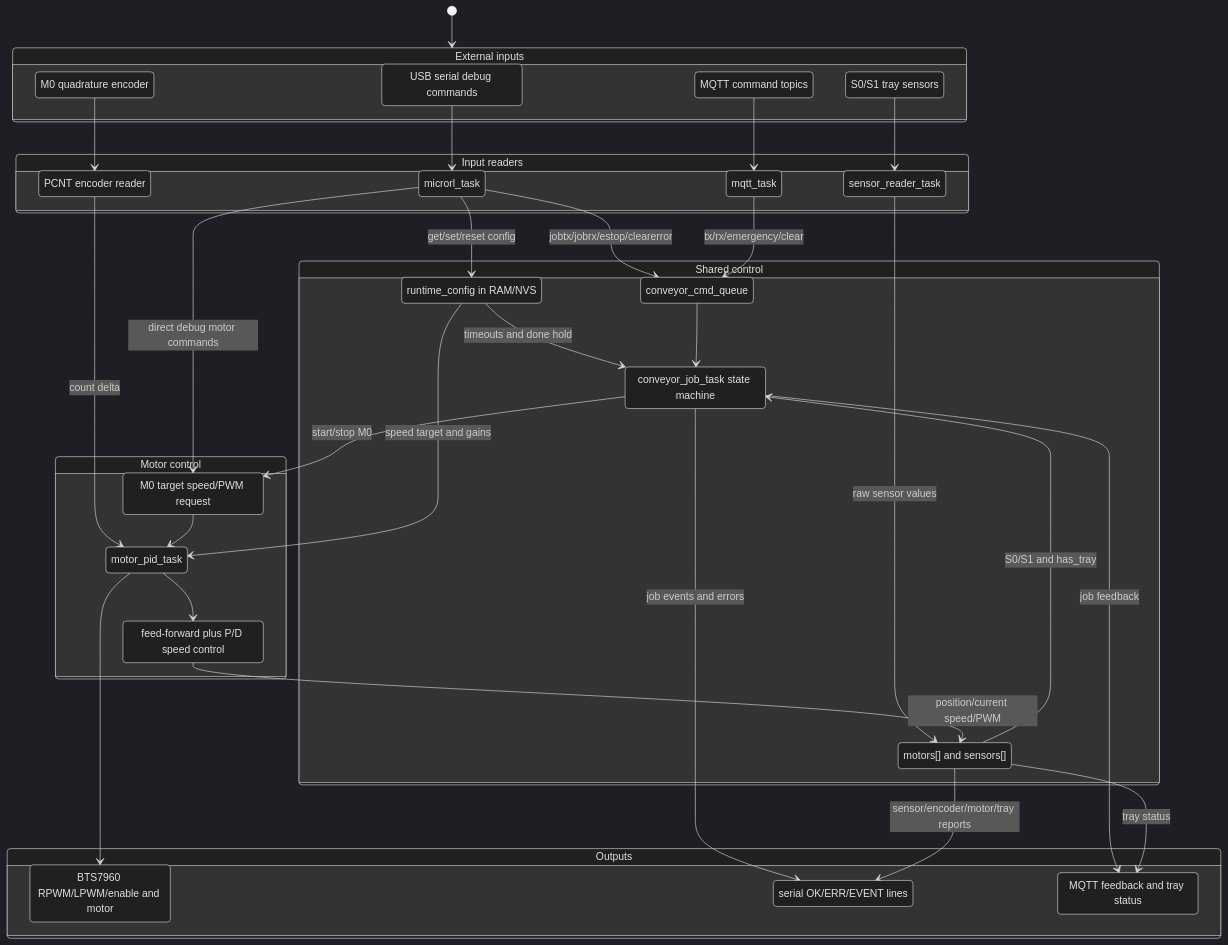
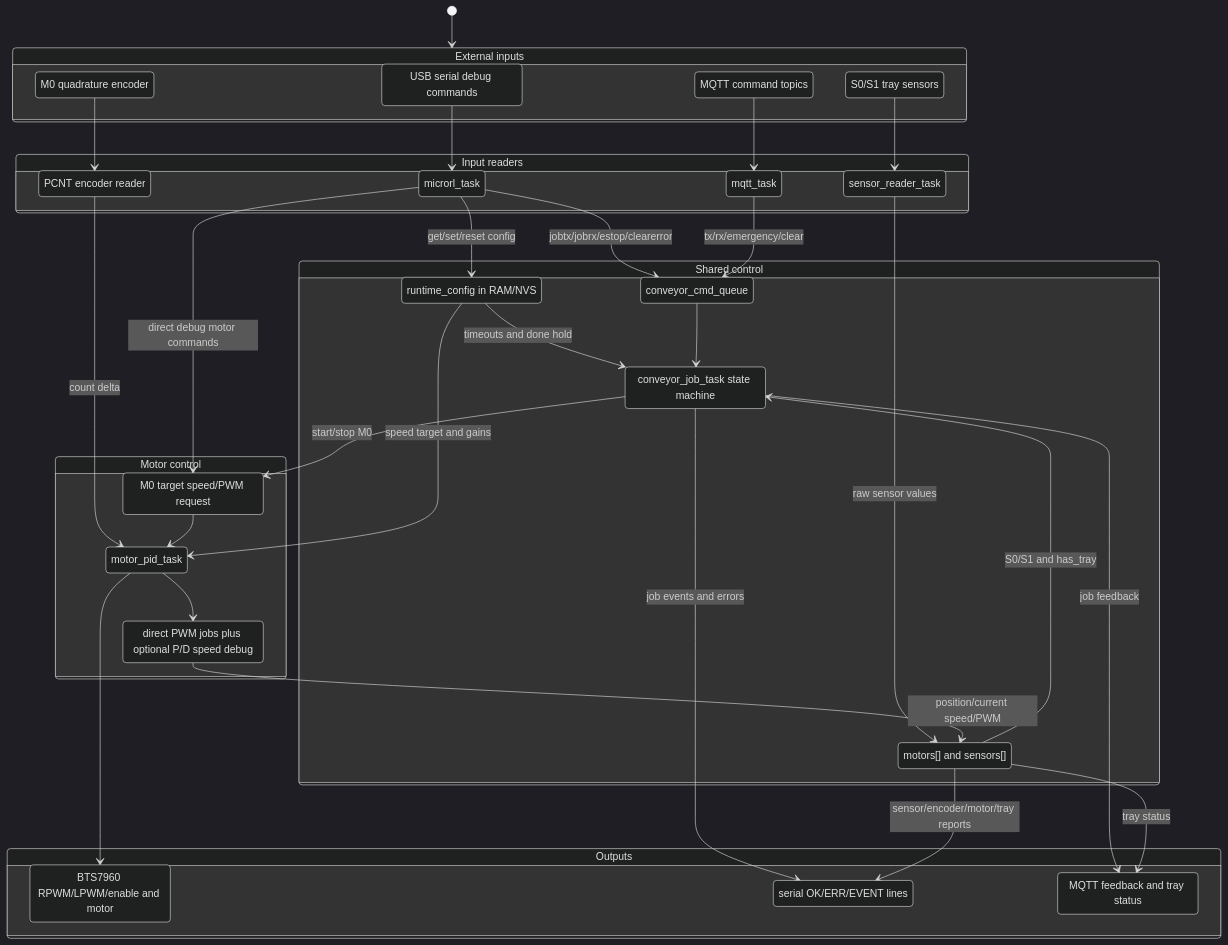
One commit to anbu-05/conveyor_control_firmware changed the diagram in docs/architecture.mmd. Above: the diagram before and after it, drawn with Mermaid (dark theme). The commit also changed 8 other files, not shown here.

Commit message:
added pwm control instead of PD for jobtx and jobrx

```diff
--- a/docs/architecture.mmd
+++ b/docs/architecture.mmd
@@ -1,71 +1,71 @@
 stateDiagram-v2
     direction TB
 
     state "External inputs" as Inputs {
         direction LR
         Serial: USB serial debug commands
         MqttIn: MQTT command topics
         SensorHw: S0/S1 tray sensors
         EncoderHw: M0 quadrature encoder
     }
 
     state "Input readers" as Readers {
         direction LR
         Microrl: microrl_task
         MqttClient: mqtt_task
         SensorReader: sensor_reader_task
         EncoderReader: PCNT encoder reader
     }
 
     state "Shared control" as Control {
         direction LR
         JobQueue: conveyor_cmd_queue
         JobMachine: conveyor_job_task state machine
         RuntimeConfig: runtime_config in RAM/NVS
         SharedState: motors[] and sensors[]
     }
 
     state "Motor control" as MotorControl {
         direction LR
         MotorRequest: M0 target speed/PWM request
         MotorPid: motor_pid_task
-        SpeedMath: feed-forward plus P/D speed control
+        SpeedMath: direct PWM jobs plus optional P/D speed debug
     }
 
     state "Outputs" as Outputs {
         direction LR
         MotorHw: BTS7960 RPWM/LPWM/enable and motor
         SerialOut: serial OK/ERR/EVENT lines
         MqttOut: MQTT feedback and tray status
     }
 
     [*] --> Inputs
 
     Serial --> Microrl
     MqttIn --> MqttClient
     SensorHw --> SensorReader
     EncoderHw --> EncoderReader
 
     Microrl --> JobQueue: jobtx/jobrx/estop/clearerror
     MqttClient --> JobQueue: tx/rx/emergency/clear
     Microrl --> RuntimeConfig: get/set/reset config
     Microrl --> MotorRequest: direct debug motor commands
 
     SensorReader --> SharedState: raw sensor values
     EncoderReader --> MotorPid: count delta
     SharedState --> JobMachine: S0/S1 and has_tray
     RuntimeConfig --> JobMachine: timeouts and done hold
     RuntimeConfig --> MotorPid: speed target and gains
 
     JobQueue --> JobMachine
     JobMachine --> MotorRequest: start/stop M0
     JobMachine --> SerialOut: job events and errors
     JobMachine --> MqttOut: job feedback
 
     MotorRequest --> MotorPid
     MotorPid --> SpeedMath
     SpeedMath --> SharedState: position/current speed/PWM
     MotorPid --> MotorHw
 
     SharedState --> SerialOut: sensor/encoder/motor/tray reports
     SharedState --> MqttOut: tray status
```
